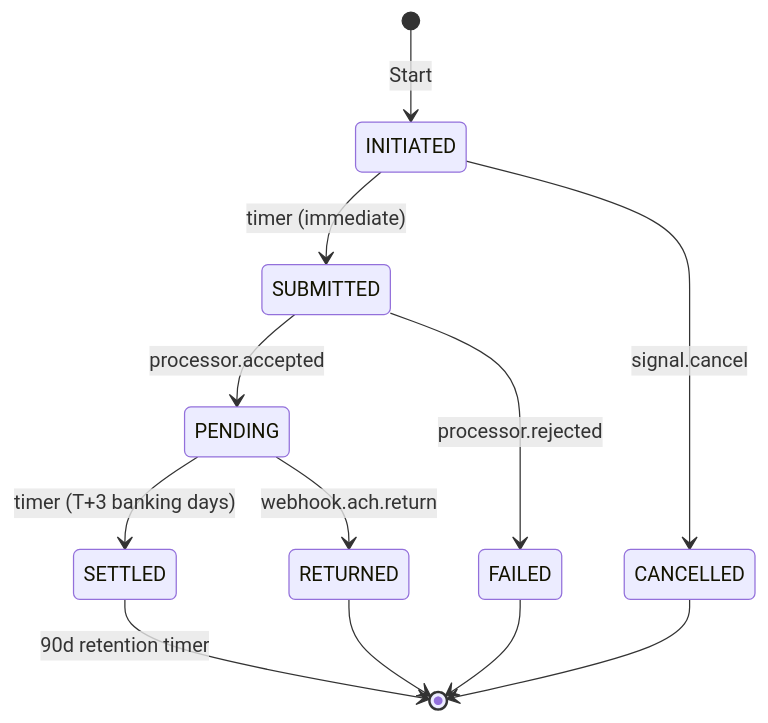
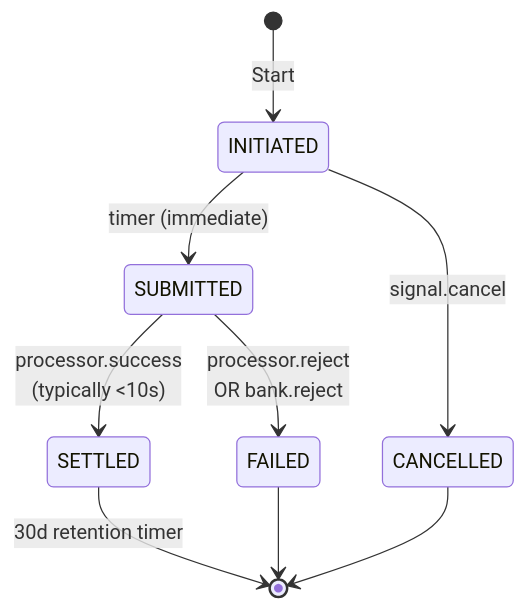
Before and after one commit to phuongdpham/fintech-backend: the second of 3 diagrams in apps/gateway-svc/docs/charter.md, drawn with Mermaid. The commit also changed other lines of this file, not shown here.

````diff
--- a/apps/gateway-svc/docs/charter.md
+++ b/apps/gateway-svc/docs/charter.md
@@ -256,14 +289,11 @@
 ```mermaid
 stateDiagram-v2
     [*] --> INITIATED: Start
     INITIATED --> SUBMITTED: timer (immediate)
     INITIATED --> CANCELLED: signal.cancel
-    SUBMITTED --> PENDING: processor.accepted
-    SUBMITTED --> FAILED: processor.rejected
-    PENDING --> SETTLED: timer (T+3 banking days)
-    PENDING --> RETURNED: webhook.ach.return
-    SETTLED --> [*]: 90d retention timer
-    RETURNED --> [*]
+    SUBMITTED --> SETTLED: processor.success<br/>(typically <10s)
+    SUBMITTED --> FAILED: processor.reject<br/>OR bank.reject
+    SETTLED --> [*]: 30d retention timer
     FAILED --> [*]
     CANCELLED --> [*]
 ```
````
